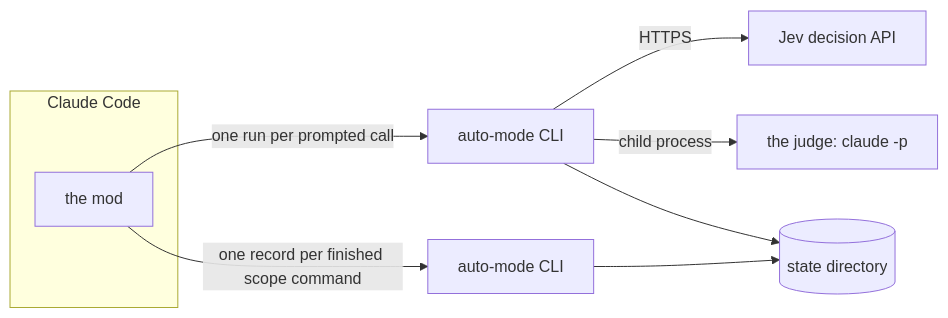
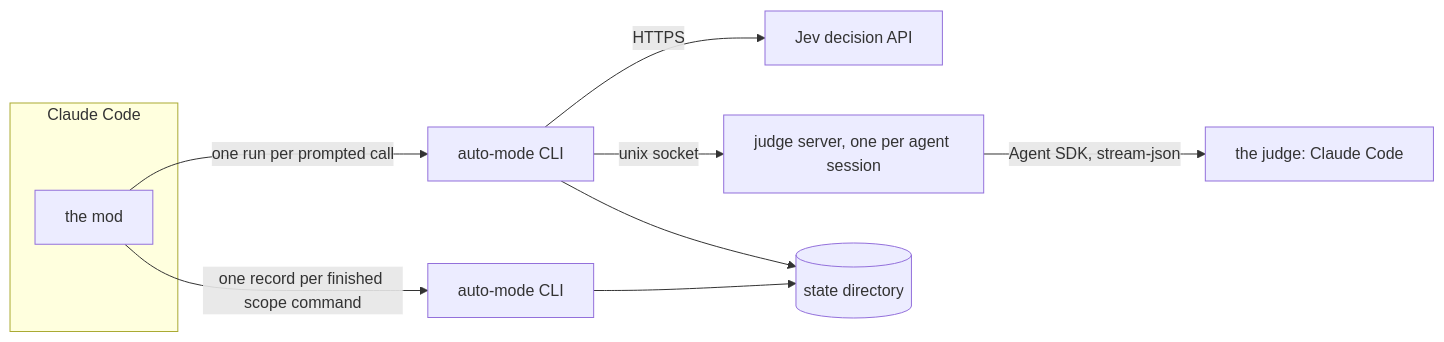
One commit to zgeoff/auto-mode changed the second of 2 diagrams in docs/architecture/overview.md. Above: the diagram before and after it, drawn with Mermaid. The commit also changed other lines of this file and 46 other files, not shown here.

First line of the commit message:
feat(geo-1063): run the judge through a warm agent sdk session (#193)

````diff
--- a/docs/architecture/overview.md
+++ b/docs/architecture/overview.md
@@ -72,12 +72,13 @@
 ```mermaid
 flowchart LR
   subgraph CC["Claude Code"]
     MOD["the mod"]
   end
   MOD -->|"one run per prompted call"| CLI["auto-mode CLI"]
   MOD -->|"one record per finished scope command"| REC["auto-mode CLI"]
   CLI -->|HTTPS| JEV["Jev decision API"]
-  CLI -->|"child process"| JUDGE["the judge: claude -p"]
+  CLI -->|"unix socket"| SERVER["judge server, one per agent session"]
+  SERVER -->|"Agent SDK, stream-json"| JUDGE["the judge: Claude Code"]
   CLI --> STATE[("state directory")]
   REC --> STATE
 ```
````
